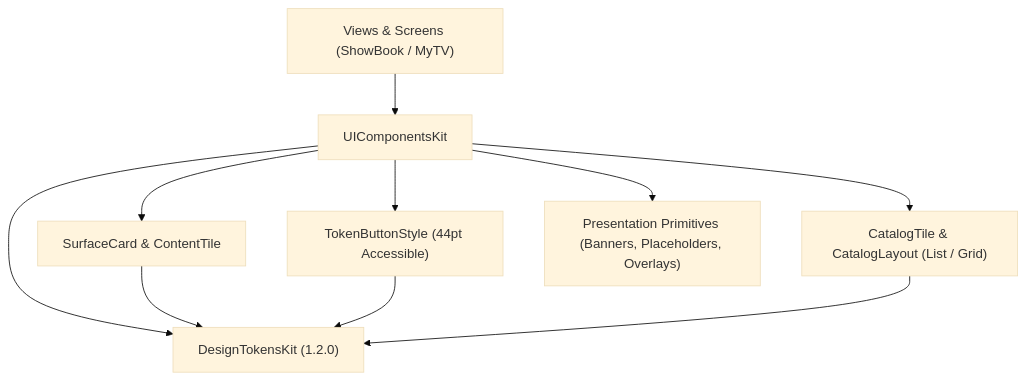
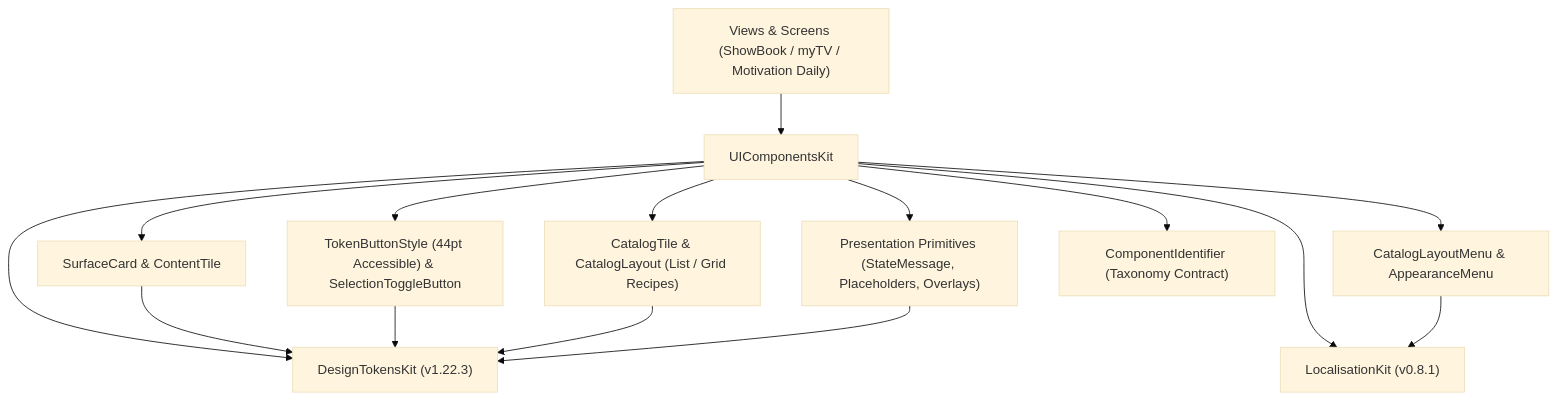
One commit to Anurag-Chourasia/UIComponentsKit changed the first of 2 diagrams in README.md. Above: the diagram before and after it, drawn with Mermaid (base theme). The commit also changed other lines of this file, not shown here.

Commit message:
IOS-85 | Overhaul UIComponentsKit README with architecture, governance, and ecosystem connectivity

````diff
--- a/README.md
+++ b/README.md
@@ -17,12 +29,17 @@
 ```mermaid
 flowchart TD
-    Consumer["Views & Screens (ShowBook / MyTV)"] --> UIComponentsKit["UIComponentsKit"]
+    Consumer["Views & Screens (ShowBook / myTV / Motivation Daily)"] --> UIComponentsKit["UIComponentsKit"]
     UIComponentsKit --> Surfaces["SurfaceCard & ContentTile"]
-    UIComponentsKit --> Buttons["TokenButtonStyle (44pt Accessible)"]
-    UIComponentsKit --> Catalog["CatalogTile & CatalogLayout (List / Grid)"]
-    UIComponentsKit --> Primitives["Presentation Primitives (Banners, Placeholders, Overlays)"]
-    UIComponentsKit --> Tokens["DesignTokensKit (1.2.0)"]
+    UIComponentsKit --> Buttons["TokenButtonStyle (44pt Accessible) & SelectionToggleButton"]
+    UIComponentsKit --> Catalog["CatalogTile & CatalogLayout (List / Grid Recipes)"]
+    UIComponentsKit --> Primitives["Presentation Primitives (StateMessage, Placeholders, Overlays)"]
+    UIComponentsKit --> Menus["CatalogLayoutMenu & AppearanceMenu"]
+    UIComponentsKit --> Validator["ComponentIdentifier (Taxonomy Contract)"]
+    UIComponentsKit --> Tokens["DesignTokensKit (v1.22.3)"]
+    UIComponentsKit --> Localisation["LocalisationKit (v0.8.1)"]
     Surfaces --> Tokens
     Buttons --> Tokens
     Catalog --> Tokens
+    Primitives --> Tokens
+    Menus --> Localisation
 ```
````
